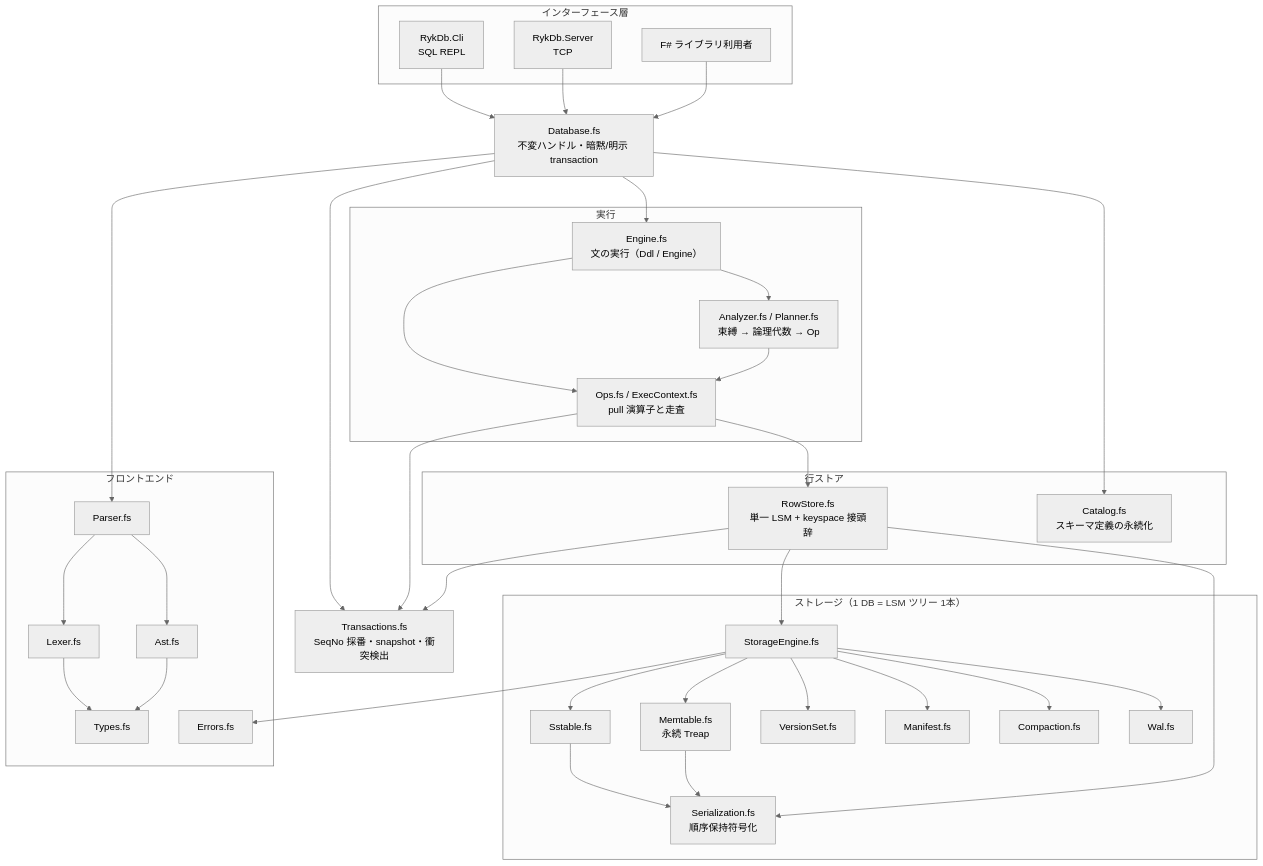
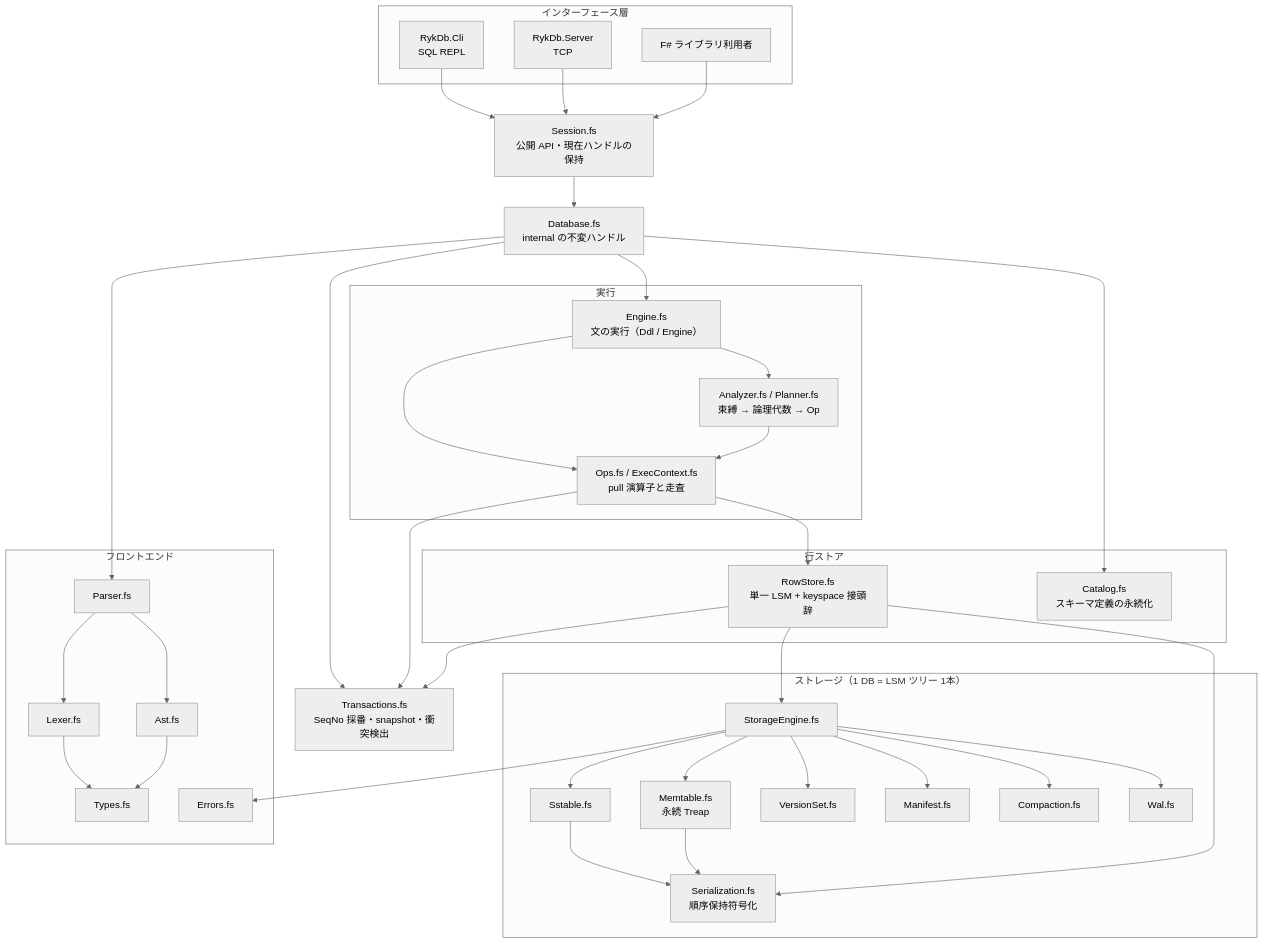
Before and after one commit to nwtks/rykdb: the first of 2 diagrams in docs/architecture.md, drawn with Mermaid (neutral theme). The commit also changed other lines of this file and 17 other files, not shown here.

````diff
--- a/docs/architecture.md
+++ b/docs/architecture.md
@@ -30,71 +30,73 @@
 ```mermaid
 flowchart TB
     subgraph IF["インターフェース層"]
         CLI["RykDb.Cli<br/>SQL REPL"]
         SRV["RykDb.Server<br/>TCP"]
         LIB["F# ライブラリ利用者"]
     end
 
-    DB["Database.fs<br/>不変ハンドル・暗黙/明示 transaction"]
+    SESS["Session.fs<br/>公開 API・現在ハンドルの保持"]
+    DB["Database.fs<br/>internal の不変ハンドル"]
+    SESS --> DB
 
     subgraph EX["実行"]
         EN["Engine.fs<br/>文の実行（Ddl / Engine）"]
         PL["Analyzer.fs / Planner.fs<br/>束縛 → 論理代数 → Op"]
         OPS["Ops.fs / ExecContext.fs<br/>pull 演算子と走査"]
     end
 
     subgraph ROW["行ストア"]
         RS["RowStore.fs<br/>単一 LSM + keyspace 接頭辞"]
         CAT["Catalog.fs<br/>スキーマ定義の永続化"]
     end
 
     MVCC["Transactions.fs<br/>SeqNo 採番・snapshot・衝突検出"]
 
     subgraph ST["ストレージ（1 DB = LSM ツリー 1本）"]
         SE["StorageEngine.fs"]
         MEM["Memtable.fs<br/>永続 Treap"]
         SST["Sstable.fs"]
         VS["VersionSet.fs"]
         MF["Manifest.fs"]
         CO["Compaction.fs"]
         WAL["Wal.fs"]
         SER["Serialization.fs<br/>順序保持符号化"]
     end
 
     subgraph FE["フロントエンド"]
         P["Parser.fs"]
         L["Lexer.fs"]
         A["Ast.fs"]
         T["Types.fs"]
         E["Errors.fs"]
     end
 
-    CLI --> DB
-    SRV --> DB
-    LIB --> DB
+    CLI --> SESS
+    SRV --> SESS
+    LIB --> SESS
     DB --> EN
     DB --> CAT
     DB --> MVCC
     EN --> PL
     EN --> OPS
     PL --> OPS
     OPS --> RS
     OPS --> MVCC
     RS --> SE
     RS --> MVCC
     SE --> MEM
     SE --> SST
     SE --> VS
     SE --> MF
     SE --> CO
     SE --> WAL
     SST --> SER
     MEM --> SER
     RS --> SER
     DB --> P
     P --> L
     P --> A
     L --> T
     A --> T
     SE --> E
 ```
````
